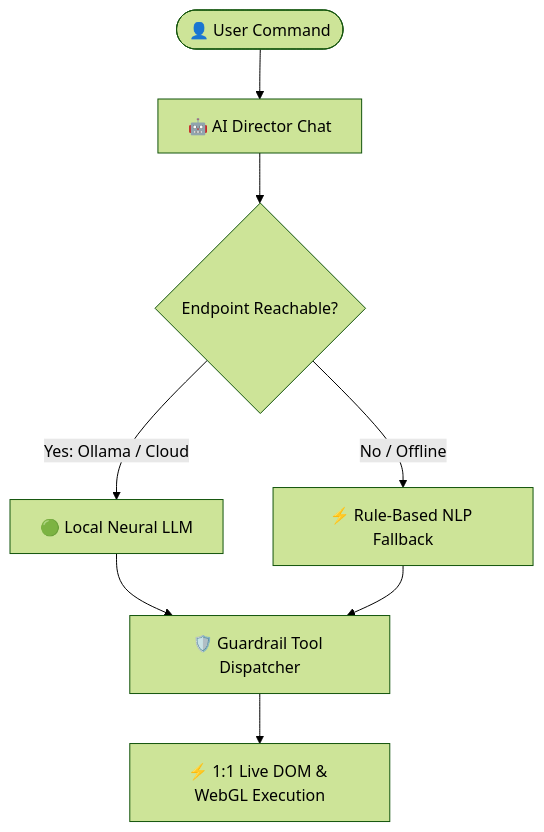
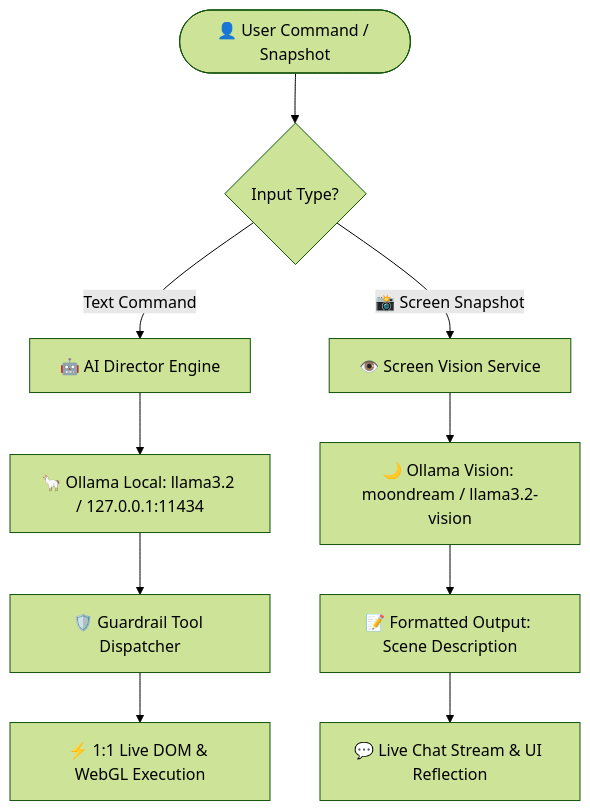
The second of 2 diagrams in README.md (WeiberNoname/Daysome-Project-T1000-V1), drawn with Mermaid (forest theme) before and after one commit. The commit also changed other lines of this file and 20 other files, not shown here.

````diff
--- a/README.md
+++ b/README.md
@@ -81,13 +94,16 @@
 ```mermaid
 flowchart TD
-    User([👤 User Command]) --> Chat[🤖 AI Director Chat]
-    Chat --> Router{Endpoint Reachable?}
+    User([👤 User Command / Snapshot]) --> Router{Input Type?}
     
-    Router -->|Yes: Ollama / Cloud| Neural[🟢 Local Neural LLM]
-    Neural --> ToolDispatch[🛡️ Guardrail Tool Dispatcher]
+    Router -->|Text Command| Chat[🤖 AI Director Engine]
+    Router -->|📸 Screen Snapshot| Vision[👁️ Screen Vision Service]
     
-    Router -->|No / Offline| Heuristic[⚡ Rule-Based NLP Fallback]
-    Heuristic --> ToolDispatch
+    Chat --> LocalOllama[🦙 Ollama Local: llama3.2 / 127.0.0.1:11434]
+    Vision --> VisionModel[🌙 Ollama Vision: moondream / llama3.2-vision]
+    
+    LocalOllama --> ToolDispatch[🛡️ Guardrail Tool Dispatcher]
+    VisionModel --> OutputFormat[📝 Formatted Output: Scene Description]
     
     ToolDispatch --> AppState[⚡ 1:1 Live DOM & WebGL Execution]
+    OutputFormat --> ChatOverlay[💬 Live Chat Stream & UI Reflection]
 ```
````
